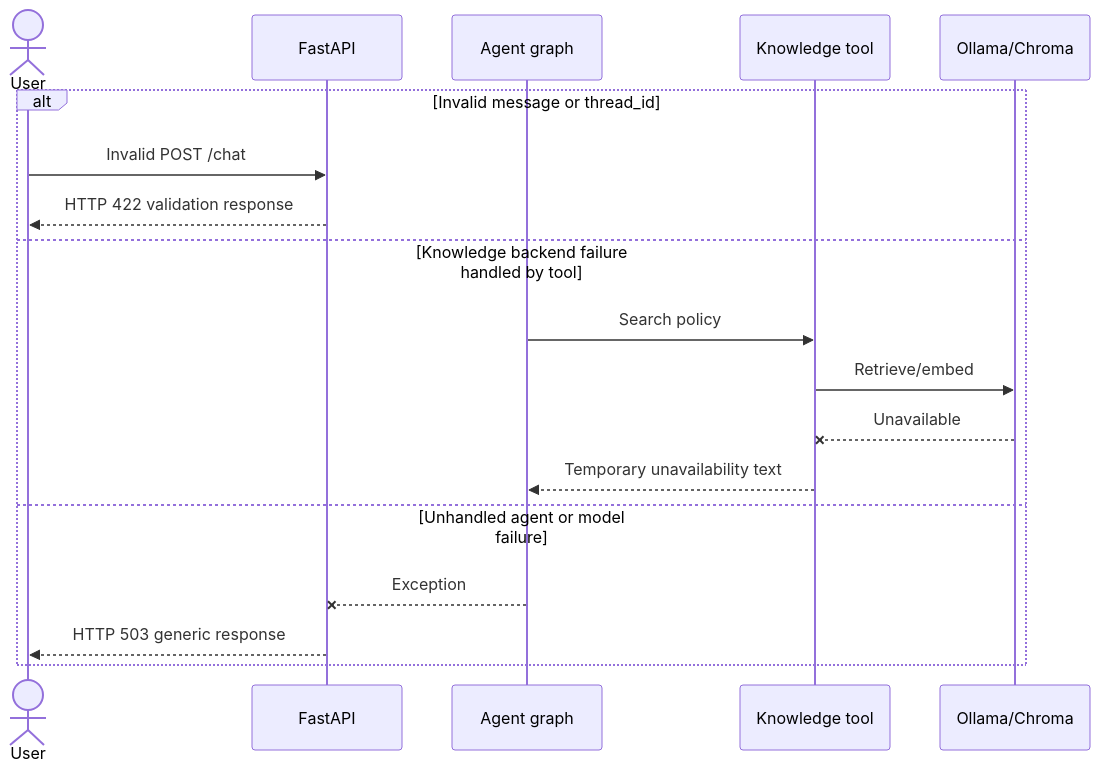
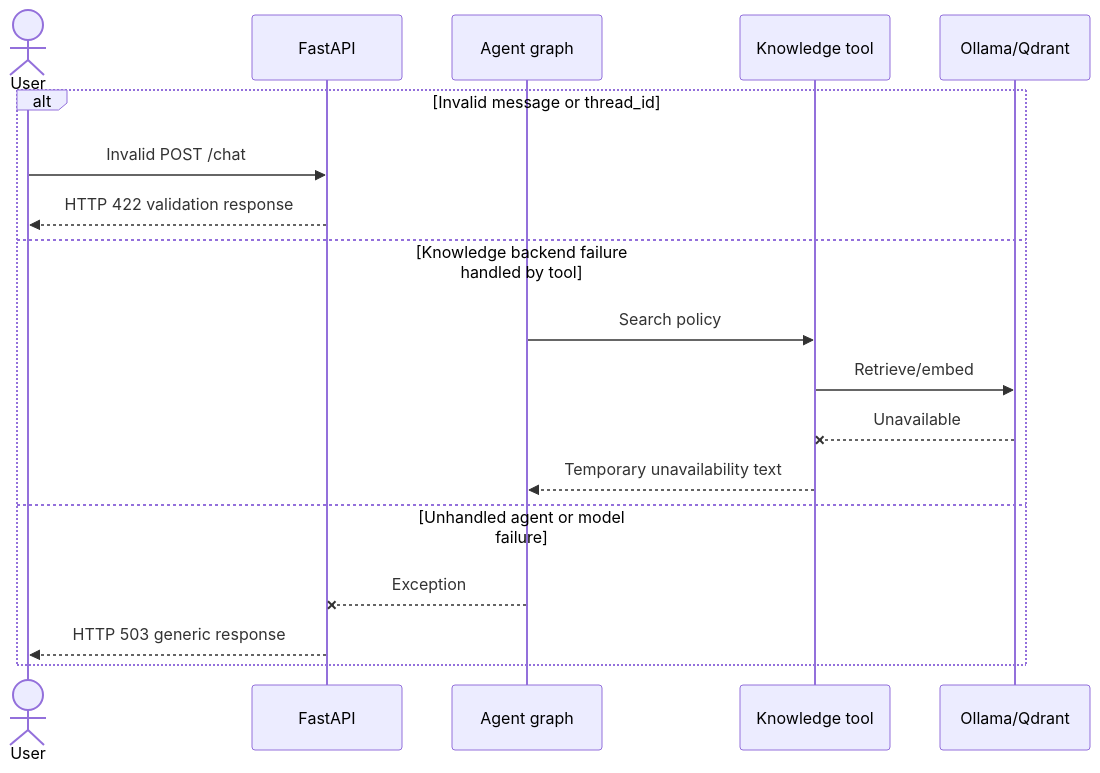
One commit to pmutua/afyaplus changed the third of 3 diagrams in docs/sequence-diagram.md. Above: the diagram before and after it, drawn with Mermaid. The commit also changed other lines of this file and 21 other files, not shown here.

````diff
--- a/docs/sequence-diagram.md
+++ b/docs/sequence-diagram.md
@@ -77,21 +77,21 @@
 ```mermaid
 sequenceDiagram
     actor User
     participant API as FastAPI
     participant Agent as Agent graph
     participant Knowledge as Knowledge tool
-    participant Ollama as Ollama/Chroma
+    participant Backend as Ollama/Qdrant
 
     alt Invalid message or thread_id
         User->>API: Invalid POST /chat
         API-->>User: HTTP 422 validation response
     else Knowledge backend failure handled by tool
         Agent->>Knowledge: Search policy
-        Knowledge->>Ollama: Retrieve/embed
-        Ollama--xKnowledge: Unavailable
+        Knowledge->>Backend: Retrieve/embed
+        Backend--xKnowledge: Unavailable
         Knowledge-->>Agent: Temporary unavailability text
     else Unhandled agent or model failure
         Agent--xAPI: Exception
         API-->>User: HTTP 503 generic response
     end
 ```
````
